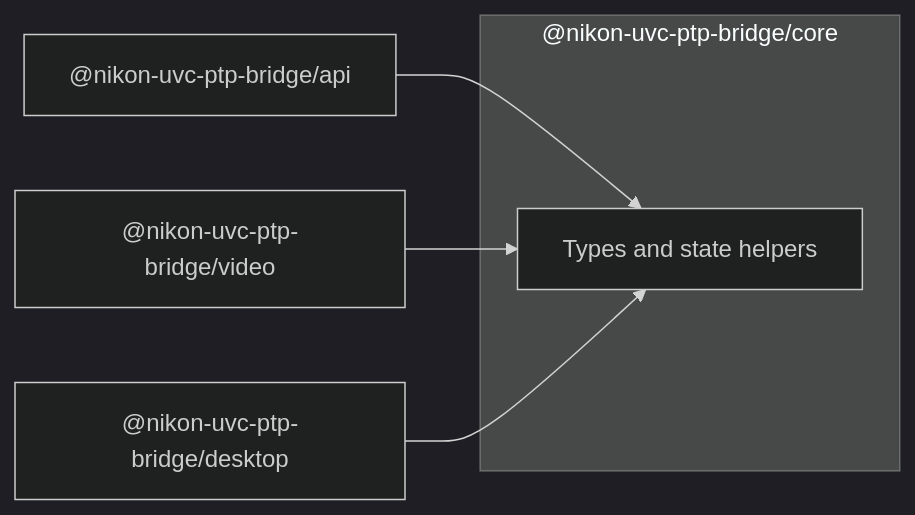
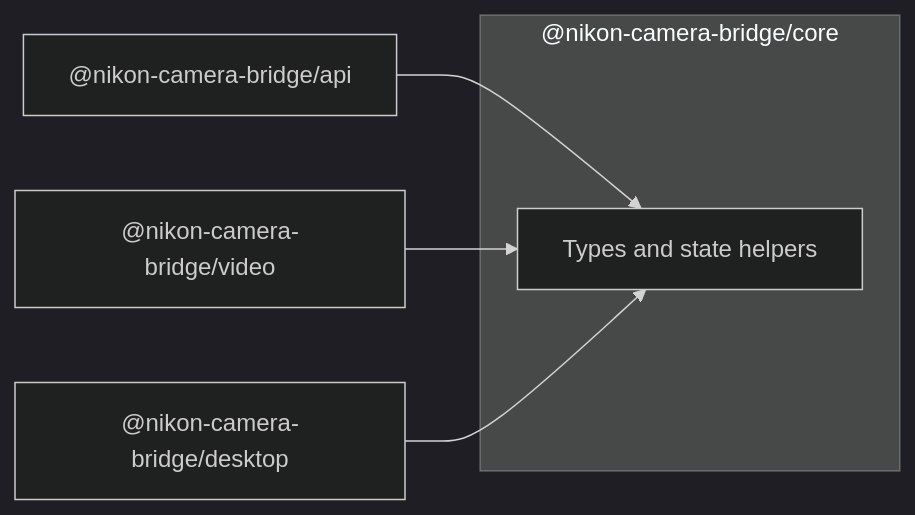
One commit to AMDphreak/nikon-camera-bridge changed the diagram in packages/core/README.md. Above: the diagram before and after it, drawn with Mermaid (dark theme). The commit also changed other lines of this file and 26 other files, not shown here.

First line of the commit message:
Rename project to nikon-camera-bridge (repo slug, pnpm scope, branding)

````diff
--- a/packages/core/README.md
+++ b/packages/core/README.md
@@ -9,13 +9,13 @@
 ```mermaid
 flowchart LR
-  subgraph core["@nikon-uvc-ptp-bridge/core"]
+  subgraph core["@nikon-camera-bridge/core"]
     T[Types and state helpers]
   end
-  API["@nikon-uvc-ptp-bridge/api"]
-  VID["@nikon-uvc-ptp-bridge/video"]
-  GUI["@nikon-uvc-ptp-bridge/desktop"]
+  API["@nikon-camera-bridge/api"]
+  VID["@nikon-camera-bridge/video"]
+  GUI["@nikon-camera-bridge/desktop"]
 
   API --> T
   VID --> T
   GUI --> T
 ```
````
